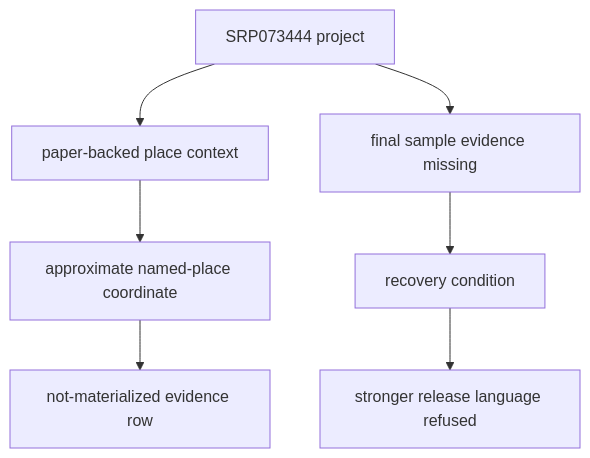
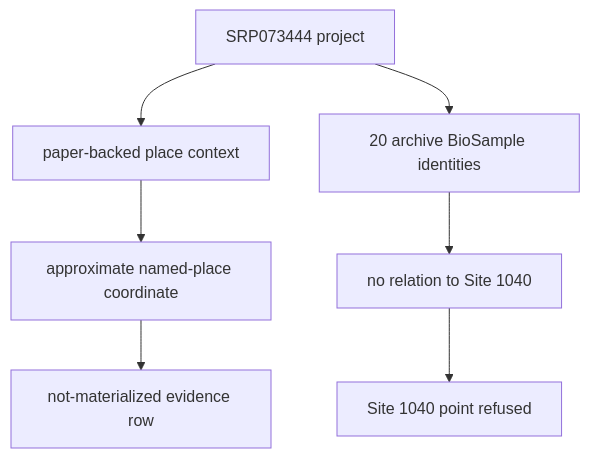
One commit to bijux/bijux-pollenomics changed the second of 3 diagrams in docs/public/pollenomics-data/curation/decision-records.md. Above: the diagram before and after it, drawn with Mermaid. The commit also changed other lines of this file and 15 other files, not shown here.

````diff
--- a/docs/public/pollenomics-data/curation/decision-records.md
+++ b/docs/public/pollenomics-data/curation/decision-records.md
@@ -115,9 +115,9 @@
 ```mermaid
 flowchart TB
     Project["SRP073444 project"] --> Context["paper-backed place context"]
     Context --> Approximate["approximate named-place coordinate"]
     Approximate --> Excluded["not-materialized evidence row"]
-    Project --> Missing["final sample evidence missing"]
-    Missing --> Recovery["recovery condition"]
-    Recovery --> Release["stronger release language refused"]
+    Project --> Samples["20 archive BioSample identities"]
+    Samples --> Missing["no relation to Site 1040"]
+    Missing --> Release["Site 1040 point refused"]
 ```
````
